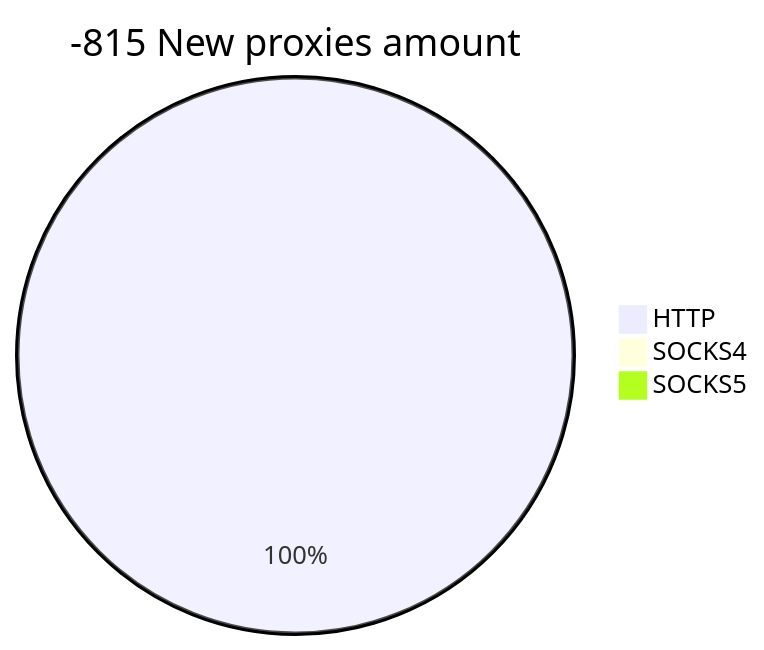
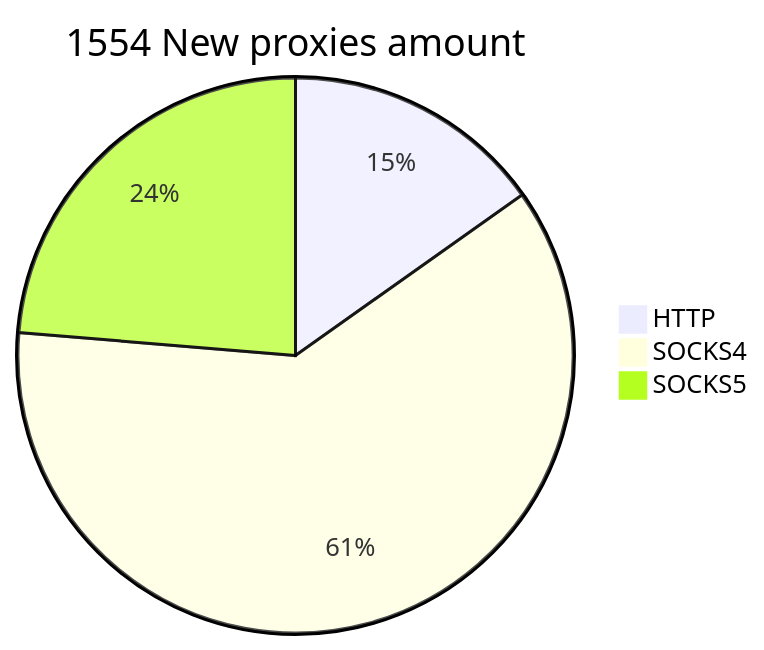
One commit to cutipu/proxylist changed the second of 2 diagrams in README.md. Above: the diagram before and after it, drawn with Mermaid. The commit also changed other lines of this file, not shown here.

````diff
--- a/README.md
+++ b/README.md
@@ -10,6 +10,6 @@
 ```mermaid
-pie title -815 New proxies amount
-    "HTTP" : 221
-    "SOCKS4" : 0
-    "SOCKS5" : 0
+pie title 1554 New proxies amount
+    "HTTP" : 236
+    "SOCKS4" : 950
+    "SOCKS5" : 368
 ```
````
